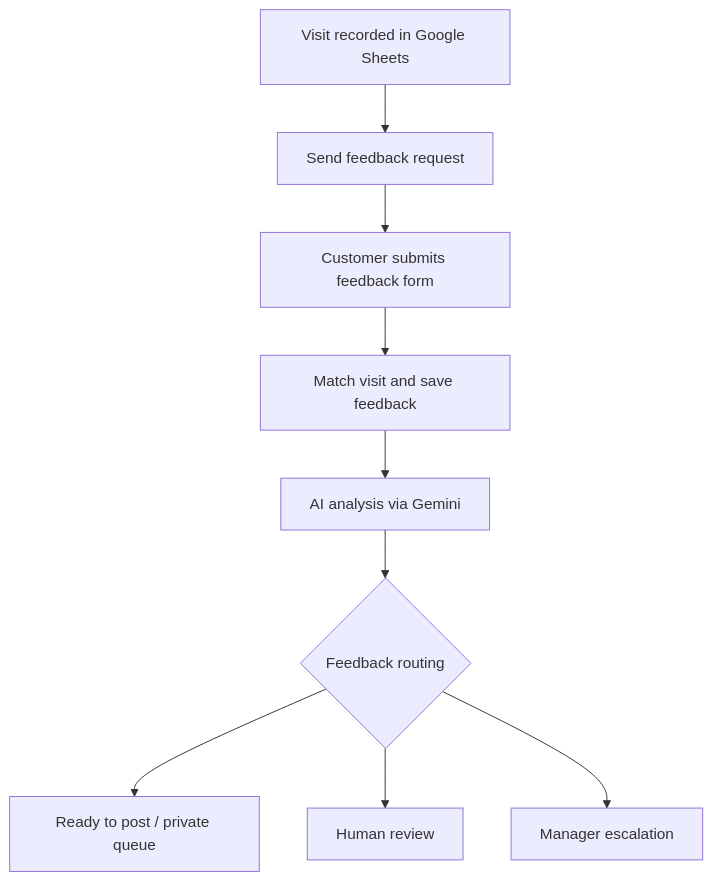
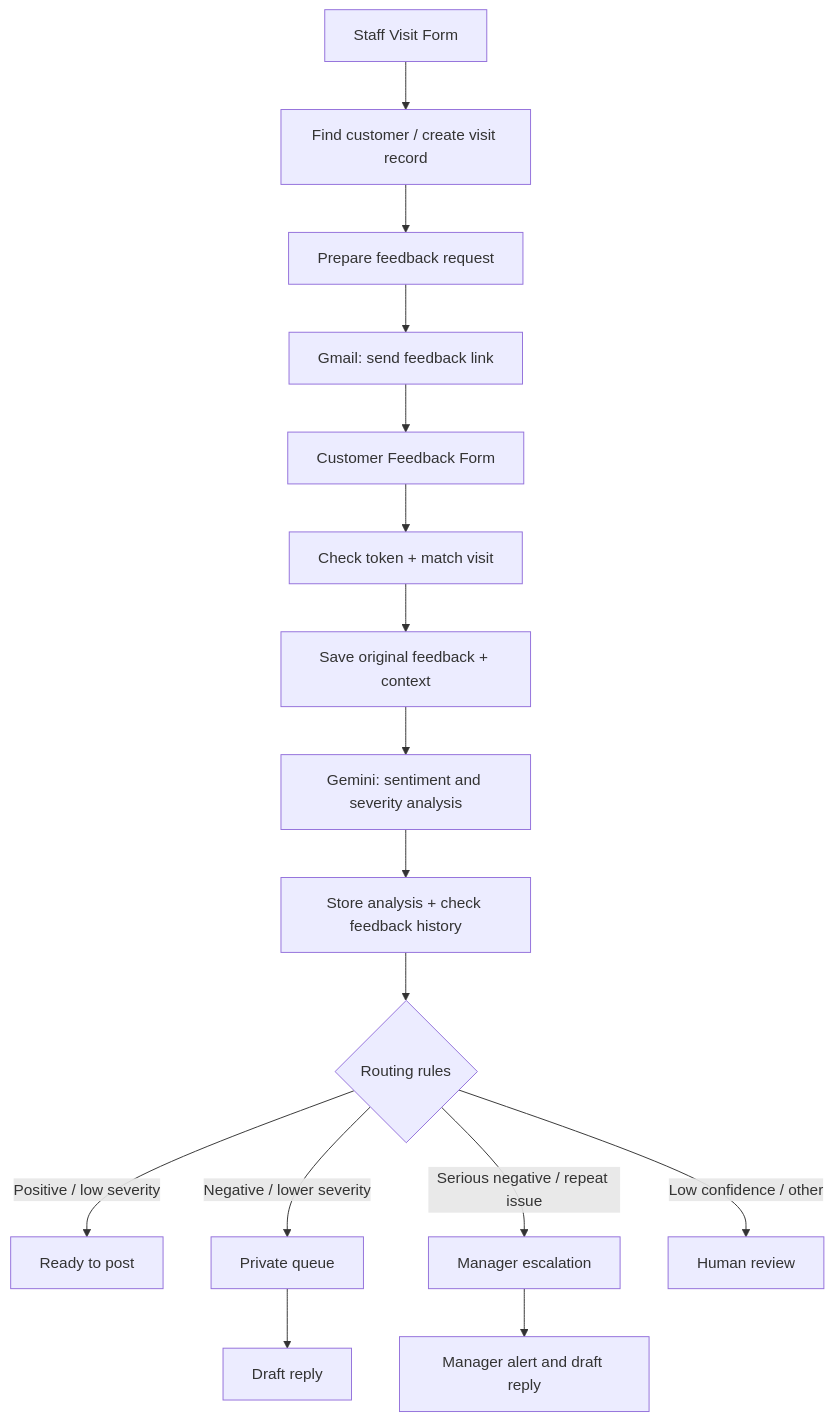
One commit to jasperosas/reputation-feedback-intelligence-engine changed the diagram in README.md. Above: the diagram before and after it, drawn with Mermaid. The commit also changed other lines of this file, not shown here.

Commit message:
Document verified capstone architecture and synthetic demo

````diff
--- a/README.md
+++ b/README.md
@@ -21,11 +11,18 @@
 ```mermaid
 flowchart TD
- A[Visit recorded in Google Sheets] --> B[Send feedback request]
- B --> C[Customer submits feedback form]
- C --> D[Match visit and save feedback]
- D --> E[AI analysis via Gemini]
- E --> F{Feedback routing}
- F --> G[Ready to post / private queue]
- F --> H[Human review]
- F --> I[Manager escalation]
+ A[Staff Visit Form] --> B[Find customer / create visit record]
+ B --> C[Prepare feedback request]
+ C --> D[Gmail: send feedback link]
+ D --> E[Customer Feedback Form]
+ E --> F[Check token + match visit]
+ F --> G[Save original feedback + context]
+ G --> H[Gemini: sentiment and severity analysis]
+ H --> I[Store analysis + check feedback history]
+ I --> J{Routing rules}
+ J -->|Positive / low severity| K[Ready to post]
+ J -->|Negative / lower severity| L[Private queue]
+ J -->|Serious negative / repeat issue| M[Manager escalation]
+ J -->|Low confidence / other| N[Human review]
+ M --> O[Manager alert and draft reply]
+ L --> P[Draft reply]
 ```
````
